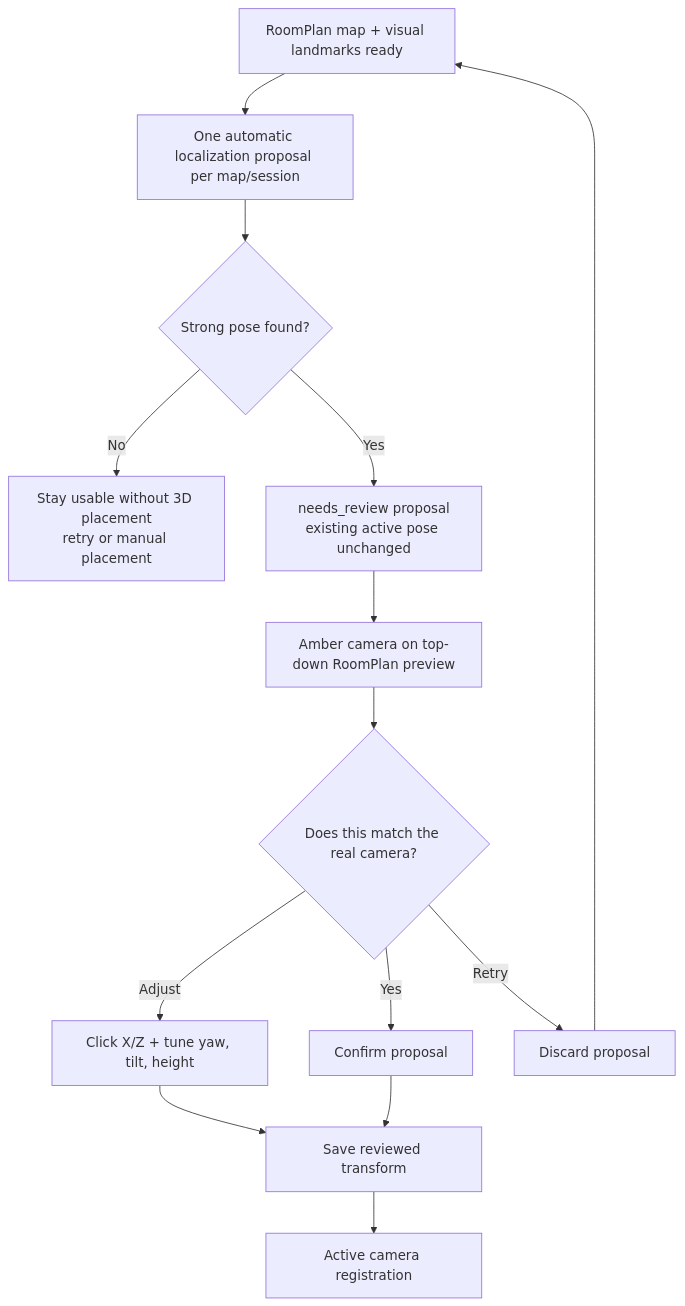
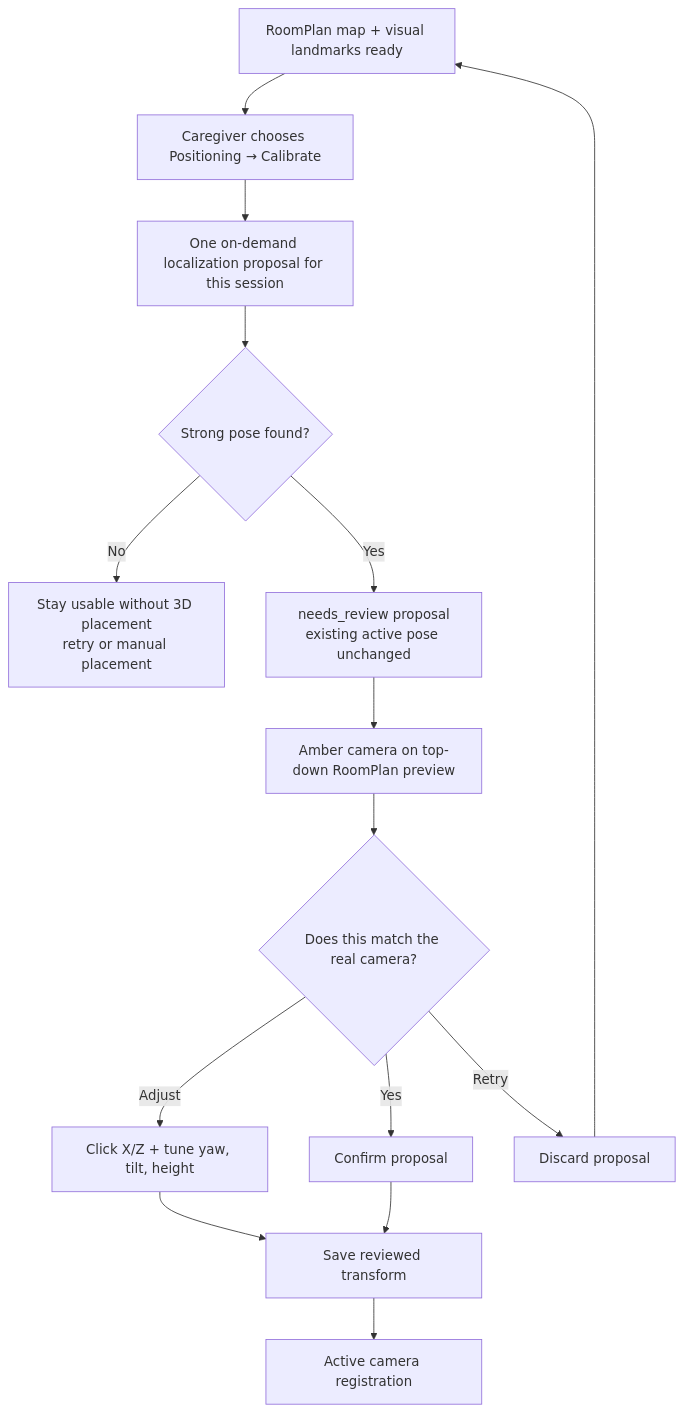
One commit to 0xbiel/one-docs changed the seventh of 13 diagrams in pages/architecture/lidar-mapping-visual-guide.md. Above: the diagram before and after it, drawn with Mermaid. The commit also changed other lines of this file and 6 other files, not shown here.

````diff
--- a/pages/architecture/lidar-mapping-visual-guide.md
+++ b/pages/architecture/lidar-mapping-visual-guide.md
@@ -215,16 +219,17 @@
 ```mermaid
 flowchart TD
-    ready["RoomPlan map + visual landmarks ready"] --> auto["One automatic localization proposal per map/session"]
+    ready["RoomPlan map + visual landmarks ready"] --> start["Caregiver chooses Positioning → Calibrate"]
+    start --> auto["One on-demand localization proposal for this session"]
     auto --> strong{"Strong pose found?"}
     strong -->|"No"| fallback["Stay usable without 3D placement<br/>retry or manual placement"]
     strong -->|"Yes"| pending["needs_review proposal<br/>existing active pose unchanged"]
     pending --> preview["Amber camera on top-down RoomPlan preview"]
     preview --> choice{"Does this match the real camera?"}
     choice -->|"Yes"| confirm["Confirm proposal"]
     choice -->|"Adjust"| manual["Click X/Z + tune yaw, tilt, height"]
     choice -->|"Retry"| discard["Discard proposal"]
     manual --> save["Save reviewed transform"]
     confirm --> save
     save --> active["Active camera registration"]
     discard --> ready
 ```
````
